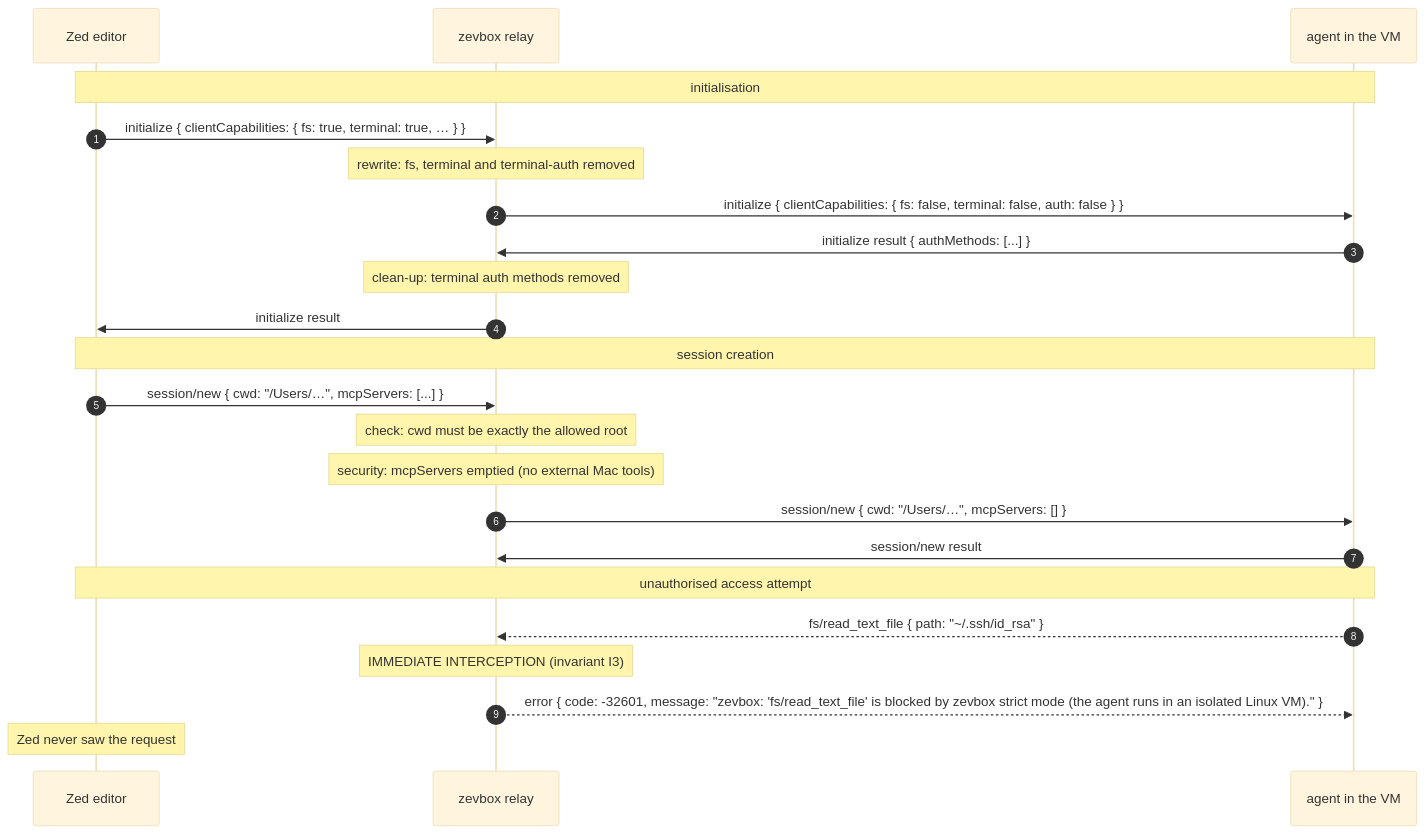
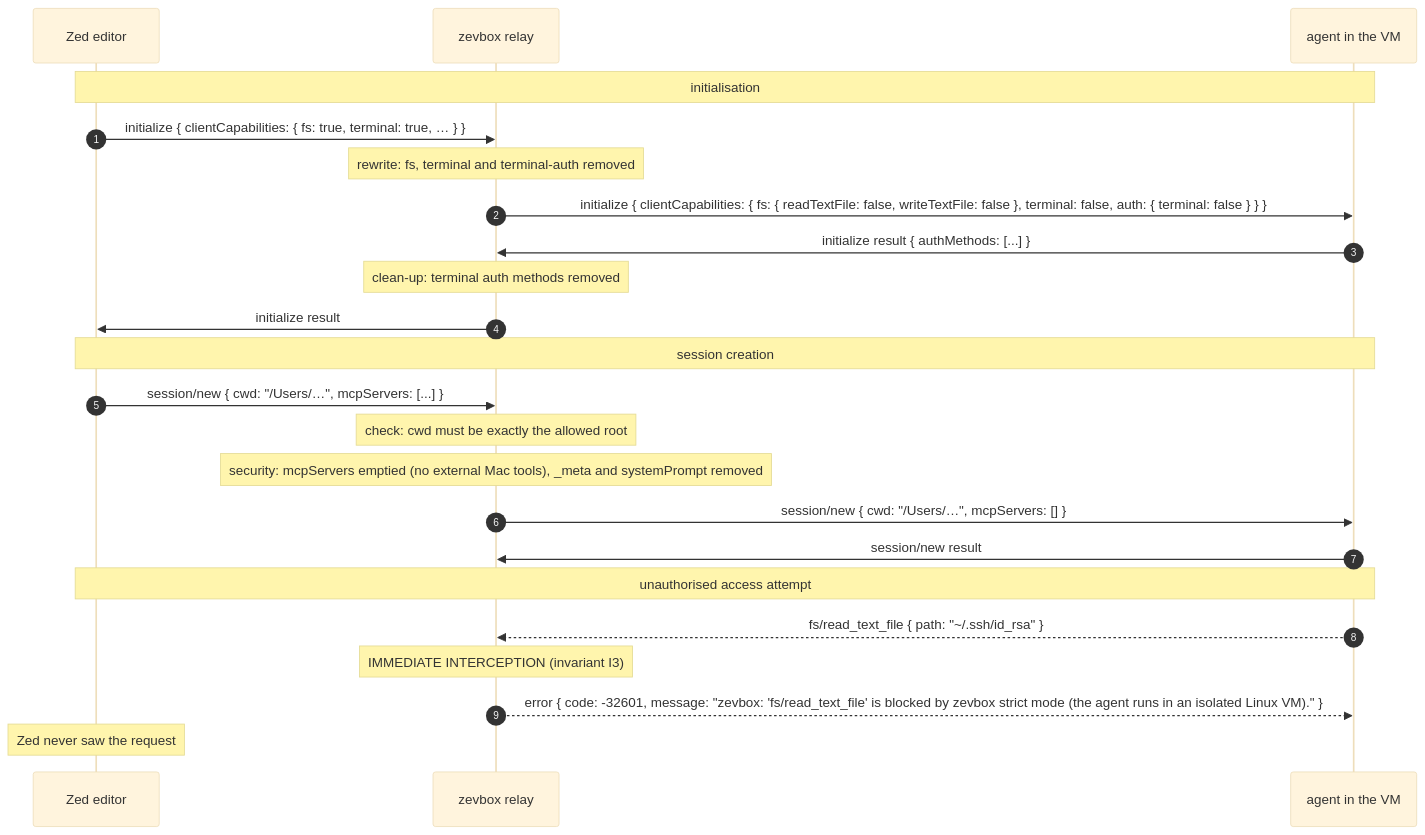
The fourth of 8 diagrams in docs/ARCHITECTURE.md (brainztorm/zevbox), drawn with Mermaid (base theme) before and after one commit. The commit also changed other lines of this file and 12 other files, not shown here.

````diff
--- a/docs/ARCHITECTURE.md
+++ b/docs/ARCHITECTURE.md
@@ -174,28 +176,28 @@
 ```mermaid
 sequenceDiagram
     autonumber
     participant Zed as Zed editor
     participant Relay as zevbox relay
     participant Agent as agent in the VM
 
     Note over Zed,Agent: initialisation
     Zed->>Relay: initialize { clientCapabilities: { fs: true, terminal: true, … } }
     Note over Relay: rewrite: fs, terminal and terminal-auth removed
-    Relay->>Agent: initialize { clientCapabilities: { fs: false, terminal: false, auth: false } }
+    Relay->>Agent: initialize { clientCapabilities: { fs: { readTextFile: false, writeTextFile: false }, terminal: false, auth: { terminal: false } } }
     Agent->>Relay: initialize result { authMethods: [...] }
     Note over Relay: clean-up: terminal auth methods removed
     Relay->>Zed: initialize result
 
     Note over Zed,Agent: session creation
     Zed->>Relay: session/new { cwd: "/Users/…", mcpServers: [...] }
     Note over Relay: check: cwd must be exactly the allowed root
-    Note over Relay: security: mcpServers emptied (no external Mac tools)
+    Note over Relay: security: mcpServers emptied (no external Mac tools), _meta and systemPrompt removed
     Relay->>Agent: session/new { cwd: "/Users/…", mcpServers: [] }
     Agent->>Relay: session/new result
 
     Note over Zed,Agent: unauthorised access attempt
     Agent-->>Relay: fs/read_text_file { path: "~/.ssh/id_rsa" }
     Note over Relay: IMMEDIATE INTERCEPTION (invariant I3)
     Relay-->>Agent: error { code: -32601, message: "zevbox: 'fs/read_text_file' is blocked by zevbox strict mode (the agent runs in an isolated Linux VM)." }
     Note over Zed: Zed never saw the request
 ```
````
